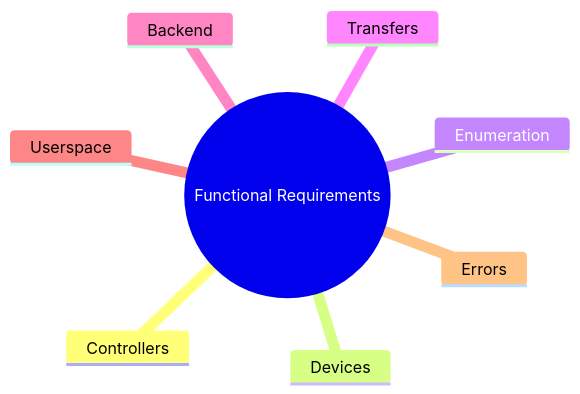
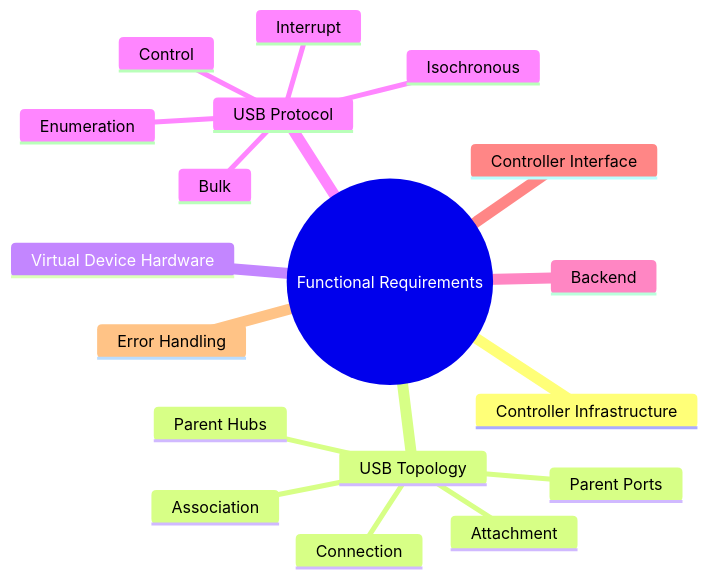
The third of 4 diagrams in doc/requirements/system-requirements.md (RomanBuchert/VirtUSB), drawn with Mermaid before and after one commit. The commit also changed other lines of this file and 6 other files, not shown here.

First line of the commit message:
docs: refine architecture and requirements documentation (WIP)

````diff
--- a/doc/requirements/system-requirements.md
+++ b/doc/requirements/system-requirements.md
@@ -169,11 +242,21 @@
 ```mermaid
 mindmap
   root((Functional Requirements))
-    Controllers
-    Devices
-    Enumeration
-    Transfers
+    Controller Infrastructure
+    USB Topology
+      Parent Hubs
+      Parent Ports
+      Association
+      Attachment
+      Connection
+    Virtual Device Hardware
+    USB Protocol
+      Enumeration
+      Control
+      Bulk
+      Interrupt
+      Isochronous
     Backend
-    Userspace
-    Errors
+    Controller Interface
+    Error Handling
 ```
````
